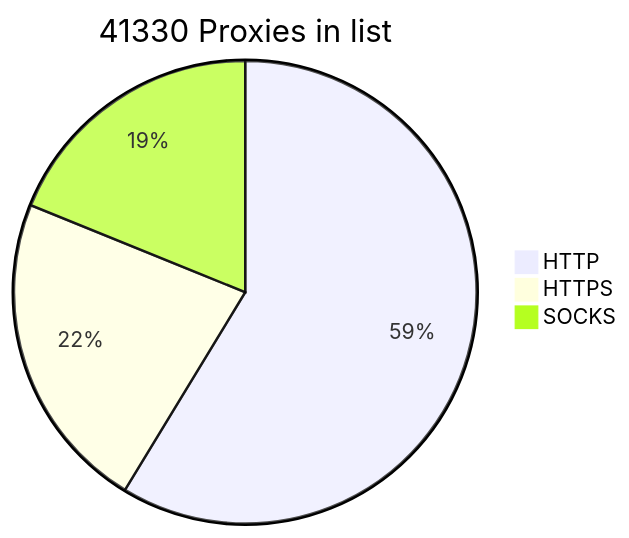
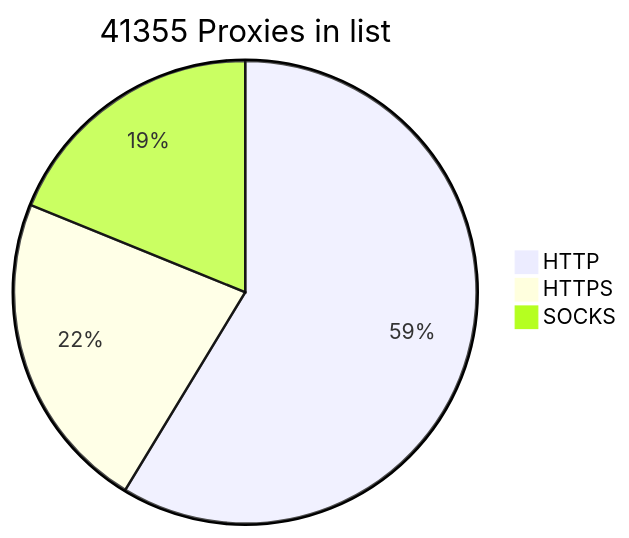
The diagram in README.md (BlackSnowDot/proxylist-update-every-minute), drawn with Mermaid before and after one commit.

````diff
--- a/README.md
+++ b/README.md
@@ -2,6 +2,6 @@
 ```mermaid
-pie title 41330 Proxies in list
-    "HTTP" : 28495
-    "HTTPS": 10891
-    "SOCKS" : 9157
+pie title 41355 Proxies in list
+    "HTTP" : 28505
+    "HTTPS": 10911
+    "SOCKS" : 9159
 ```
````
